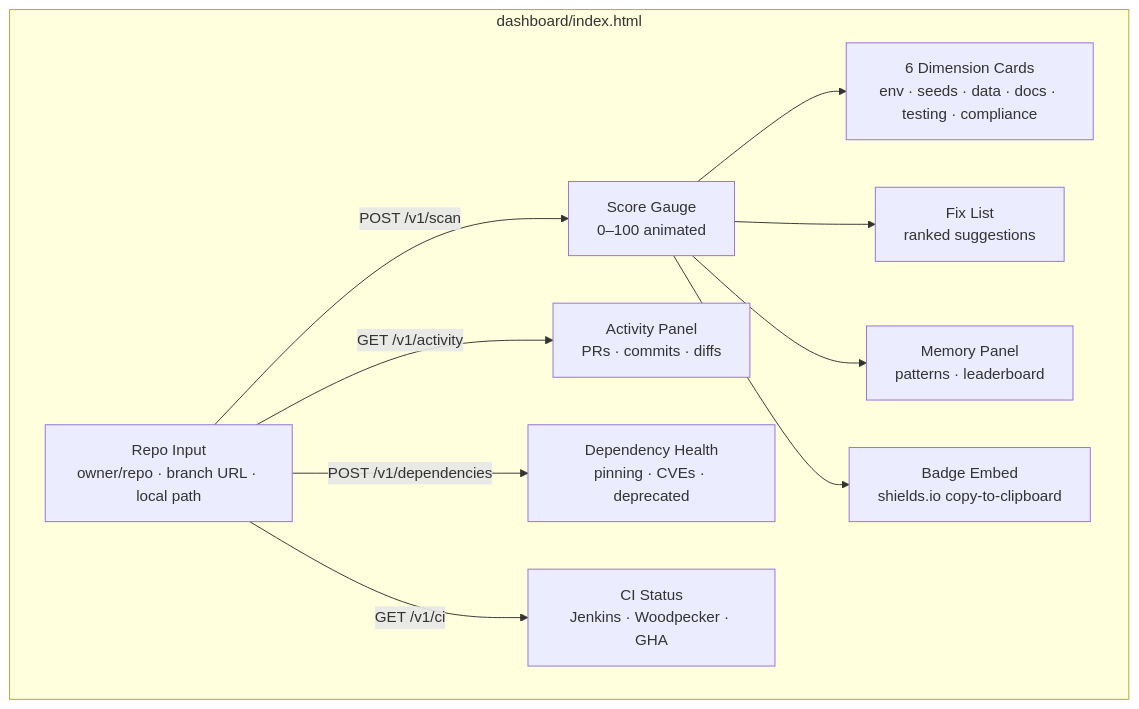
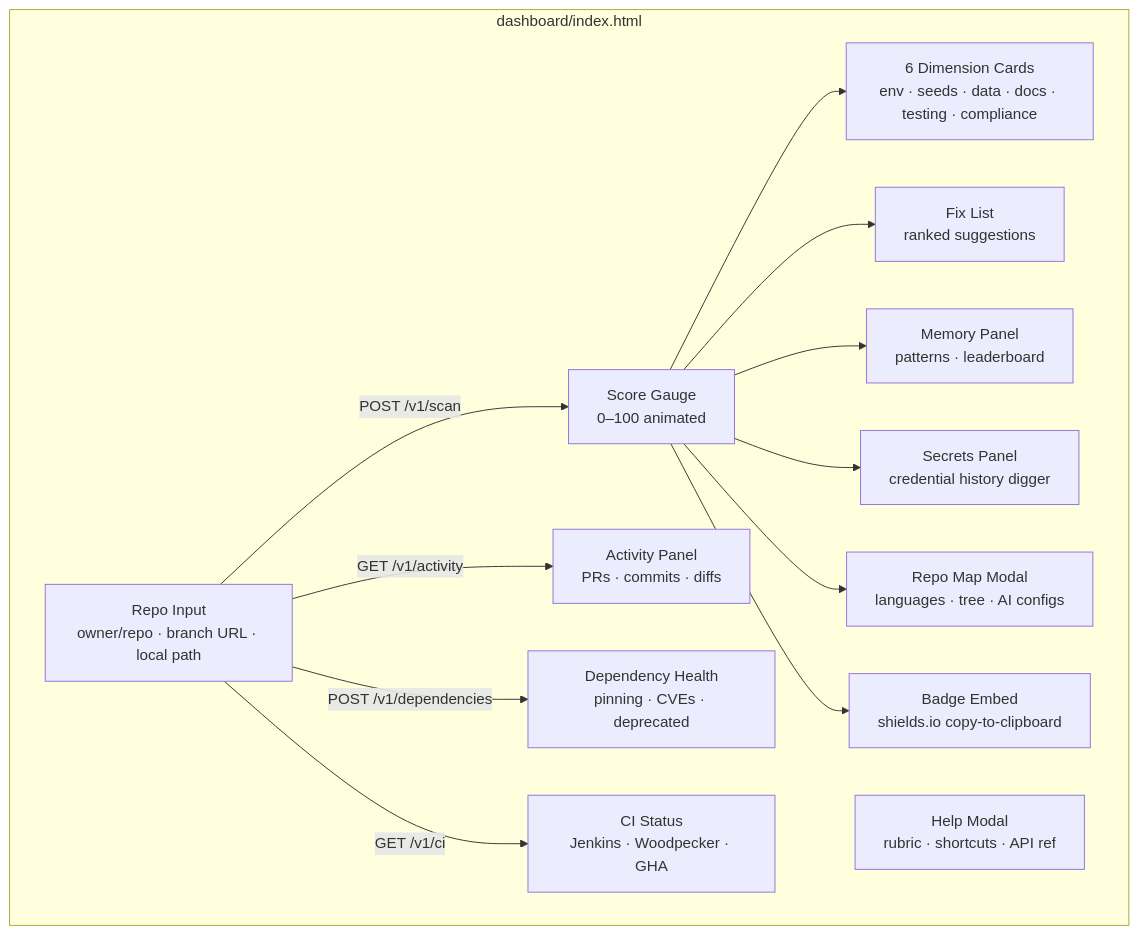
The third of 5 diagrams in README.md (parthassamal/SciGate), drawn with Mermaid before and after one commit. The commit also changed other lines of this file and 20 other files, not shown here.

````diff
--- a/README.md
+++ b/README.md
@@ -94,23 +140,28 @@
 ```mermaid
 graph TD
     subgraph Dashboard["dashboard/index.html"]
         INP["Repo Input<br/>owner/repo · branch URL · local path"]
         GAU["Score Gauge<br/>0–100 animated"]
         DIM["6 Dimension Cards<br/>env · seeds · data · docs · testing · compliance"]
         FIX["Fix List<br/>ranked suggestions"]
         MEM["Memory Panel<br/>patterns · leaderboard"]
         ACT["Activity Panel<br/>PRs · commits · diffs"]
         DEP["Dependency Health<br/>pinning · CVEs · deprecated"]
+        SEC["Secrets Panel<br/>credential history digger"]
         CIS["CI Status<br/>Jenkins · Woodpecker · GHA"]
+        MAP["Repo Map Modal<br/>languages · tree · AI configs"]
         BDG["Badge Embed<br/>shields.io copy-to-clipboard"]
+        HLP["Help Modal<br/>rubric · shortcuts · API ref"]
     end
 
     INP -->|POST /v1/scan| GAU
     GAU --> DIM
     GAU --> FIX
     GAU --> MEM
+    GAU --> SEC
+    GAU --> MAP
     INP -->|GET /v1/activity| ACT
     INP -->|POST /v1/dependencies| DEP
     INP -->|GET /v1/ci| CIS
     GAU --> BDG
 ```
````
